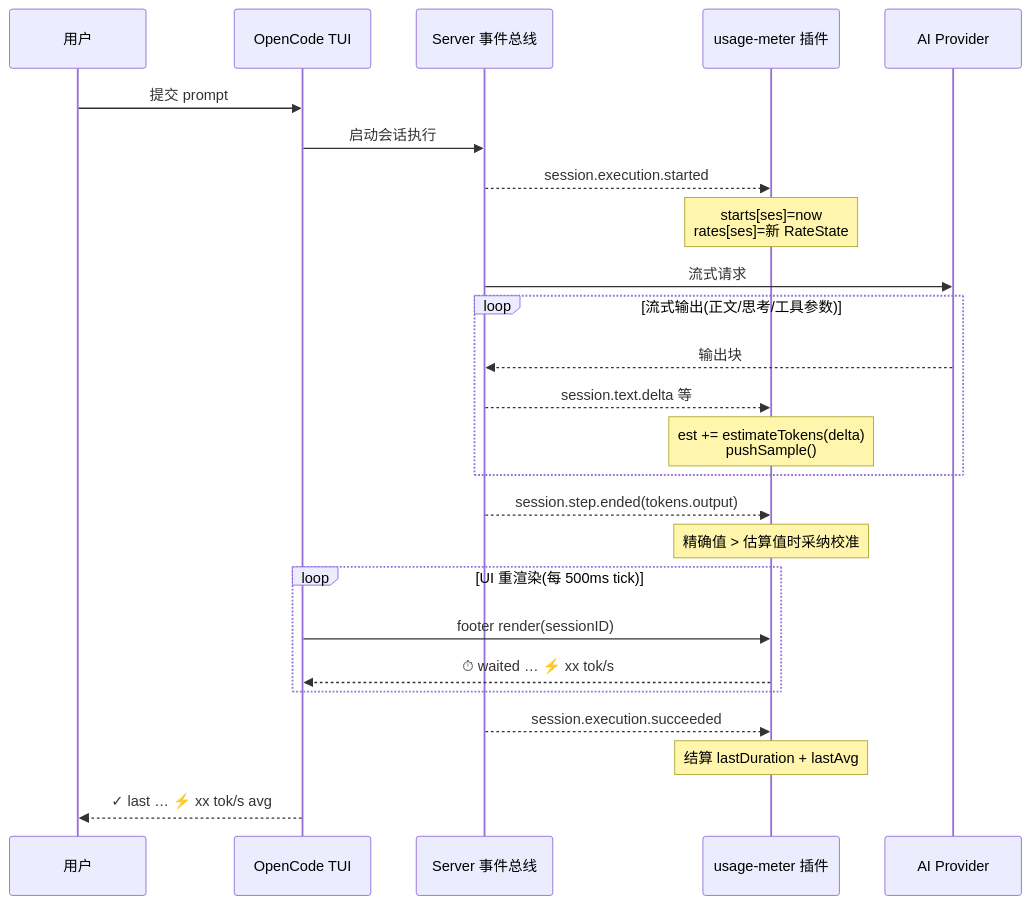
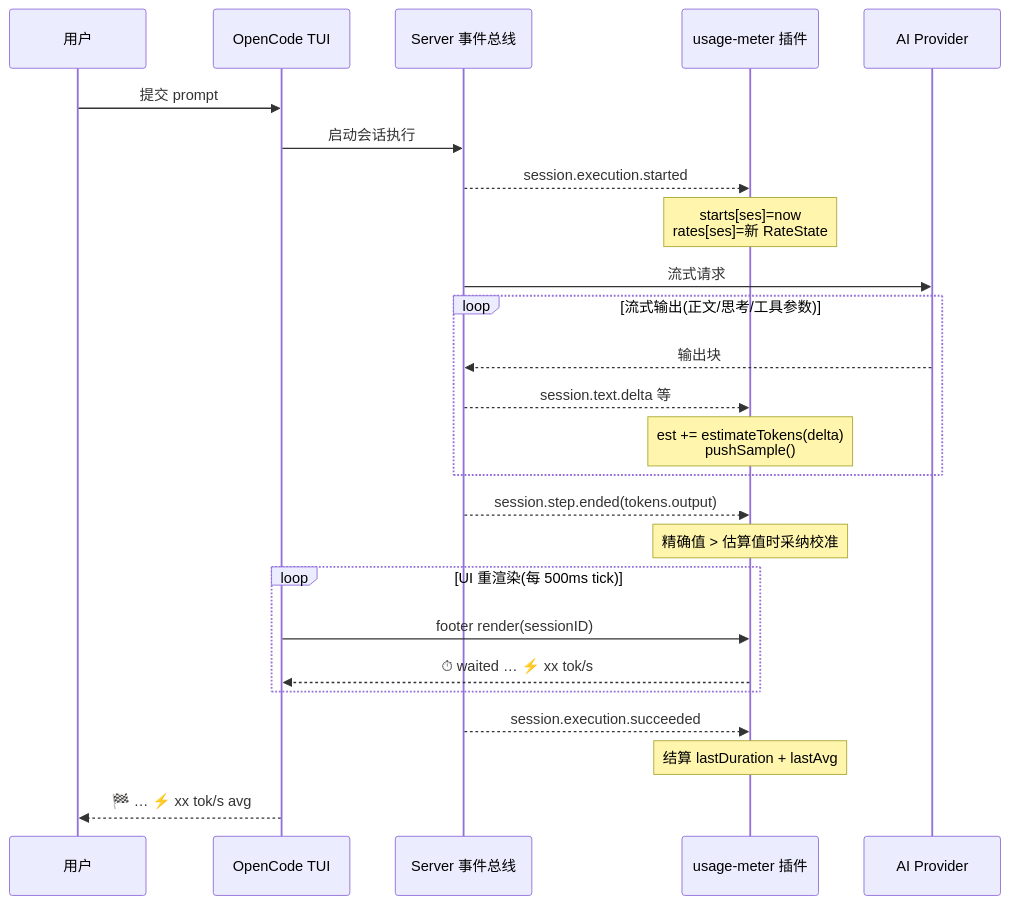
The first of 3 diagrams in DESIGN.md (dubuqiangu/opencode-elapsed-timer), drawn with Mermaid before and after one commit. The commit also changed other lines of this file and 16 other files, not shown here.

Commit message:
0.7.2: split tui.tsx (1275 lines) into 12 focused modules (pure structural move, behavior unchanged; entry assembles factories/slots/events/cleanup); checkered flag icon replaces the last-turn wording in footer/sidebar/panel

````diff
--- a/DESIGN.md
+++ b/DESIGN.md
@@ -136,28 +136,28 @@
 ```mermaid
 sequenceDiagram
     participant U as 用户
     participant TUI as OpenCode TUI
     participant S as Server 事件总线
     participant P as usage-meter 插件
     participant M as AI Provider
 
     U->>TUI: 提交 prompt
     TUI->>S: 启动会话执行
     S-->>P: session.execution.started
     Note over P: starts[ses]=now<br/>rates[ses]=新 RateState
     S->>M: 流式请求
     loop 流式输出(正文/思考/工具参数)
         M-->>S: 输出块
         S-->>P: session.text.delta 等
         Note over P: est += estimateTokens(delta)<br/>pushSample()
     end
     S-->>P: session.step.ended(tokens.output)
     Note over P: 精确值 > 估算值时采纳校准
     loop UI 重渲染(每 500ms tick)
         TUI->>P: footer render(sessionID)
         P-->>TUI: ⏱ waited …  ⚡ xx tok/s
     end
     S-->>P: session.execution.succeeded
     Note over P: 结算 lastDuration + lastAvg
-    TUI-->>U: ✓ last …  ⚡ xx tok/s avg
+    TUI-->>U: 🏁 …  ⚡ xx tok/s avg
 ```
````
